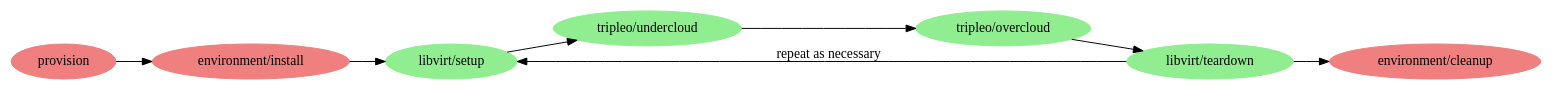
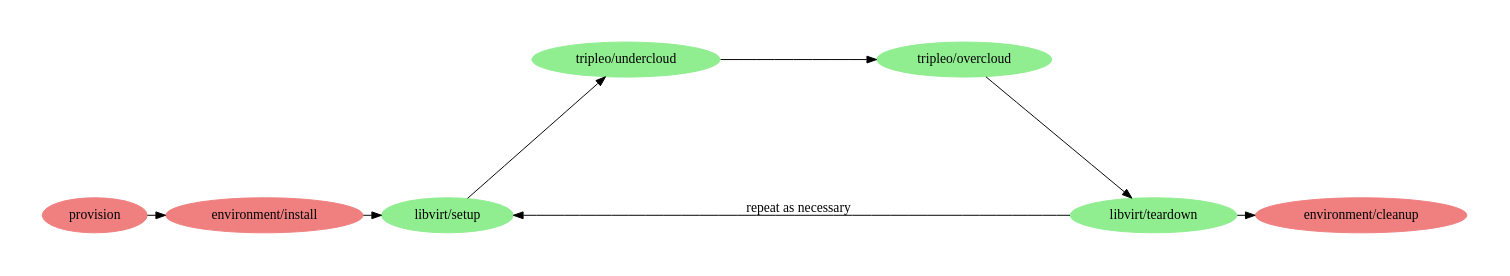
One commit to larsks/oooq-workflow changed the diagram in workflow.dot. Above: the diagram before and after it, drawn with Graphviz. The commit also changed 1 other file, not shown here.

Commit message:
playing with graphs

```diff
--- a/workflow.dot
+++ b/workflow.dot
@@ -1,20 +1,22 @@
 digraph {
 	rankdir=LR;
+
+	graph [pad="0.5", ranksep="0.25", nodesep="2"];
 
 	node [style="filled", color="#90EE90"];
 	provision [color="#f08080"];
 	"environment/install" [color="#f08080"];
 	"libvirt/setup";
 	"tripleo/undercloud";
 	"tripleo/overcloud";
 	"libvirt/teardown";
 	"environment/cleanup" [color="#f08080"];
 
 	provision -> "environment/install";
 	"environment/install" -> "libvirt/setup";
 	"libvirt/setup" -> "tripleo/undercloud";
 	"tripleo/undercloud" -> "tripleo/overcloud";
 	"tripleo/overcloud" -> "libvirt/teardown";
 	"libvirt/teardown" -> "libvirt/setup" [label="repeat as necessary"];
 	"libvirt/teardown" -> "environment/cleanup";
 }
```
